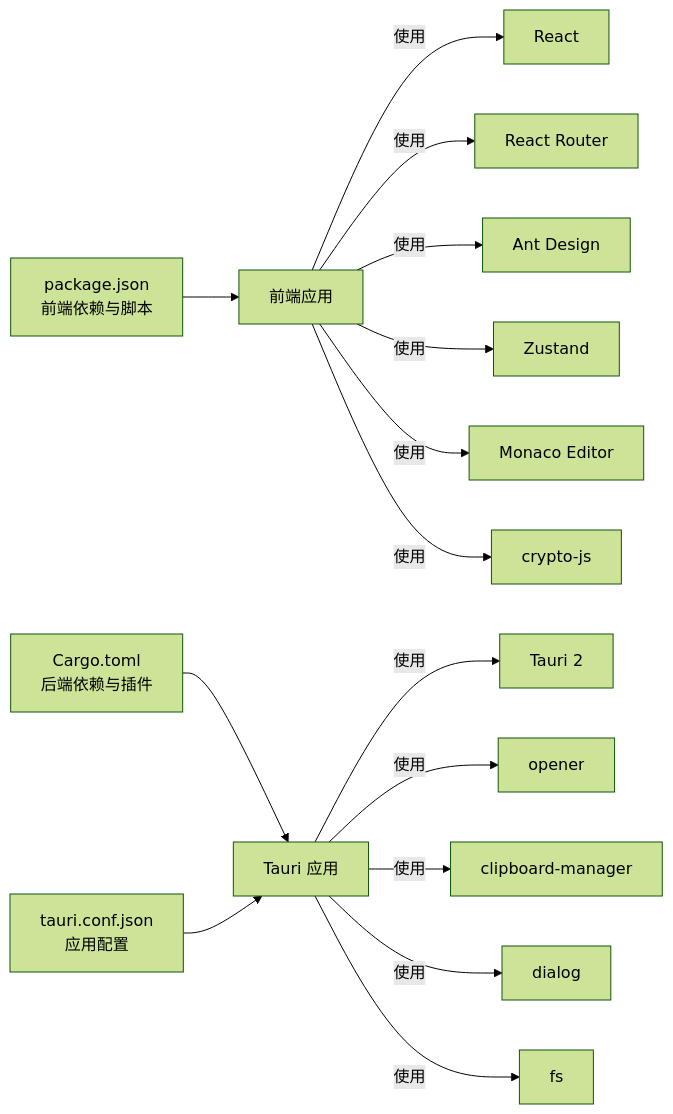
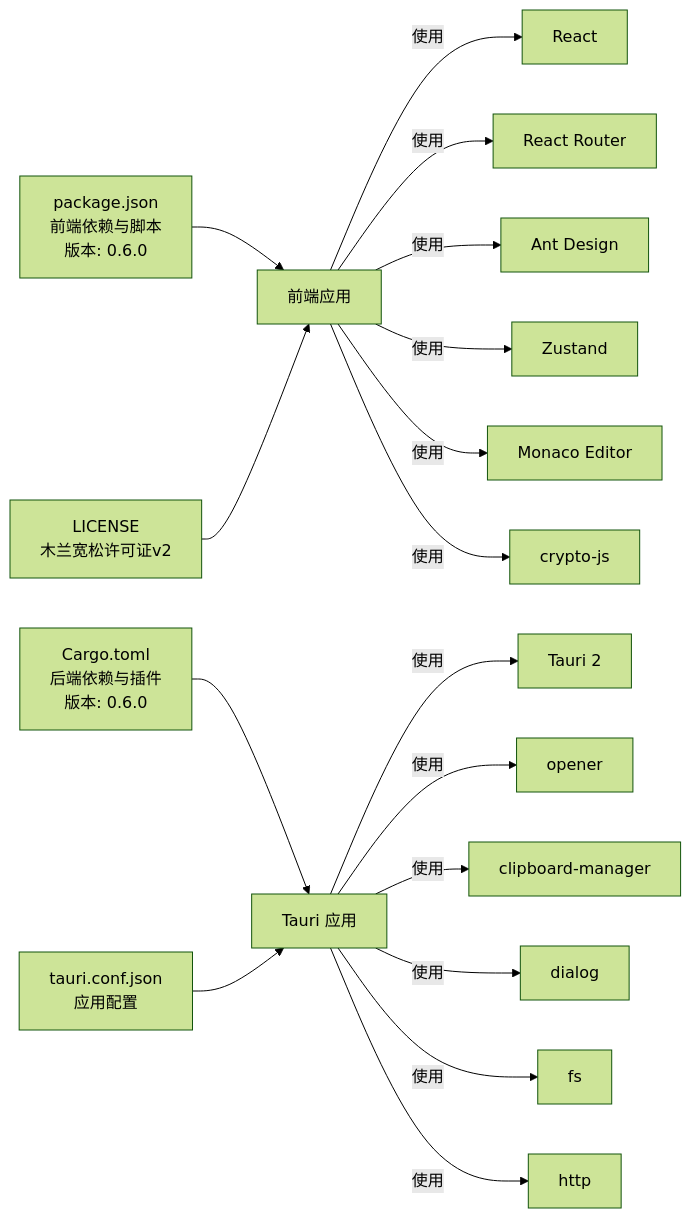
Before and after one commit to xkdaq/XKUtil: the tenth of 10 diagrams in .qoder/repowiki/zh/content/项目概述/项目概述.md, drawn with Mermaid (forest theme). The commit also changed other lines of this file and 7 other files, not shown here.

````diff
--- a/.qoder/repowiki/zh/content/项目概述/项目概述.md
+++ b/.qoder/repowiki/zh/content/项目概述/项目概述.md
@@ -275,17 +403,19 @@
 ```mermaid
 graph LR
-Pkg["package.json<br/>前端依赖与脚本"] --> Front["前端应用"]
-Cargo["Cargo.toml<br/>后端依赖与插件"] --> Back["Tauri 应用"]
+Pkg["package.json<br/>前端依赖与脚本<br/>版本: 0.6.0"] --> Front["前端应用"]
+Cargo["Cargo.toml<br/>后端依赖与插件<br/>版本: 0.6.0"] --> Back["Tauri 应用"]
 Conf["tauri.conf.json<br/>应用配置"] --> Back
+License["LICENSE<br/>木兰宽松许可证v2"] --> Front
 Front --> |使用| R["React"]
 Front --> |使用| RR["React Router"]
 Front --> |使用| AD["Ant Design"]
 Front --> |使用| ZS["Zustand"]
 Front --> |使用| MJ["Monaco Editor"]
 Front --> |使用| CJ["crypto-js"]
 Back --> |使用| TR["Tauri 2"]
 Back --> |使用| PL1["opener"]
 Back --> |使用| PL2["clipboard-manager"]
 Back --> |使用| PL3["dialog"]
 Back --> |使用| PL4["fs"]
+Back --> |使用| PL5["http"]
 ```
````
